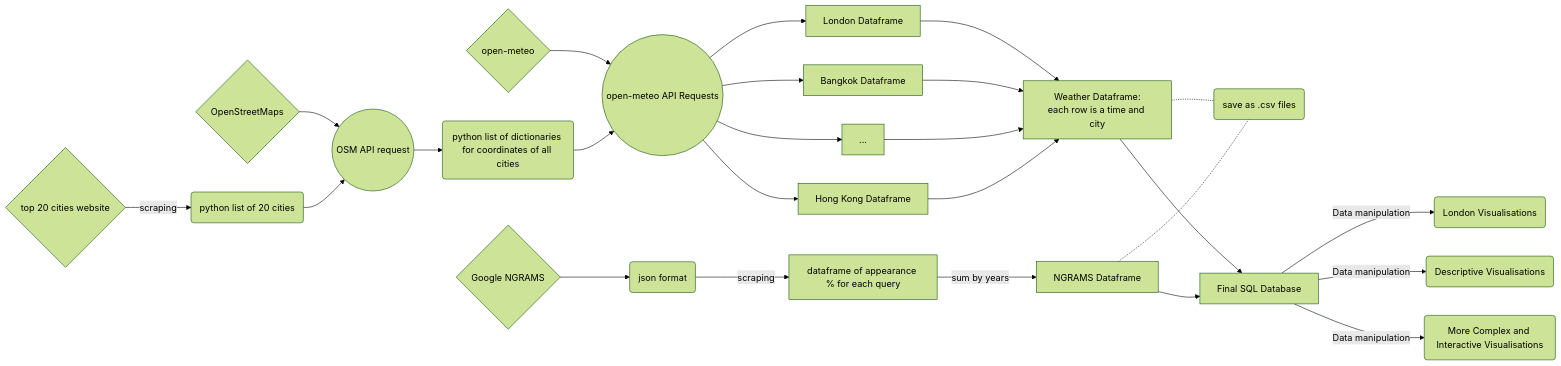
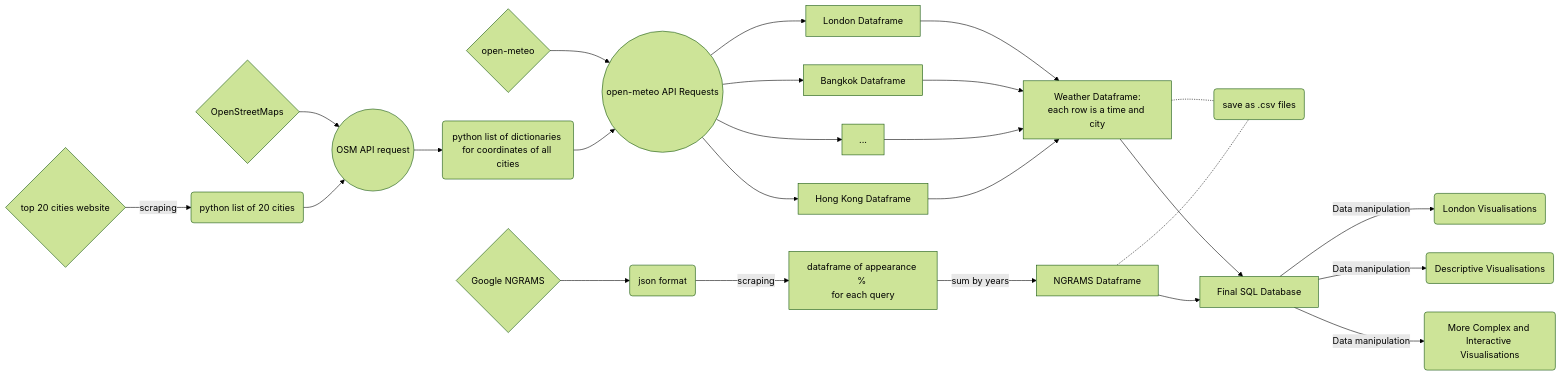
The diagram in docs/progress_presentation.qmd (lse-ds105/ds105w-project-rubber-ducks), drawn with Mermaid (forest theme) before and after one commit.

Commit message:
Update mermaid on progress_presentation.qmd

````diff
--- a/docs/progress_presentation.qmd
+++ b/docs/progress_presentation.qmd
@@ -11,27 +11,30 @@
 ```{mermaid}
 flowchart LR
     A{open-meteo} --> L((open-meteo API Requests))
     L --> B[London Dataframe]
     L --> C[Bangkok Dataframe]
     L --> D[ ... ]
     L --> E[Hong Kong Dataframe]
     G{top 20 cities website} -->|scraping| H(python list of 20 cities)
     I{OpenStreetMaps} --> J((OSM API request))
     H --> J
-    J --> K(python list of dictionaries for coordinates of all cities)
+    J --> K(python list of dictionaries 
+for coordinates of all cities)
     K --> L
     B --> M[Weather Dataframe:<br>each row is a time and city]
     C --> M
     D --> M
     E --> M
     M -.- F(save as .csv files)
     N{Google NGRAMS} --> S(json format)
-    S -->|scraping| T[dataframe of appearance % for each query]
+    S -->|scraping| T[dataframe of appearance % 
+for each query]
     T --> |sum by years| U[NGRAMS Dataframe]
     U -.- F
     M --> V[Final SQL Database]
     U --> V
     V -->|Data manipulation| O(London Visualisations)
     V -->|Data manipulation| Q(Descriptive Visualisations)
-    V -->|Data manipulation| R(More Complex and Interactive Visualisations)
+    V -->|Data manipulation| R(More Complex and Interactive 
+Visualisations)
 ```
````
